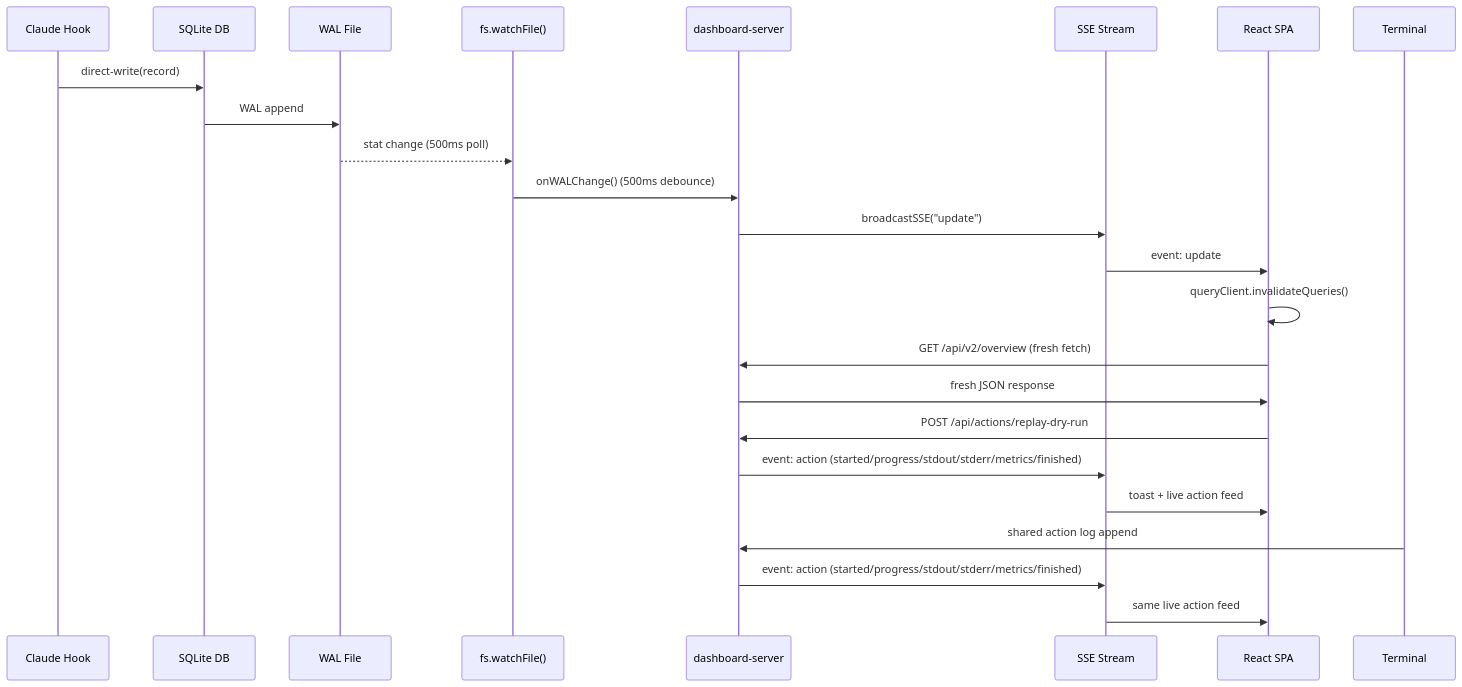
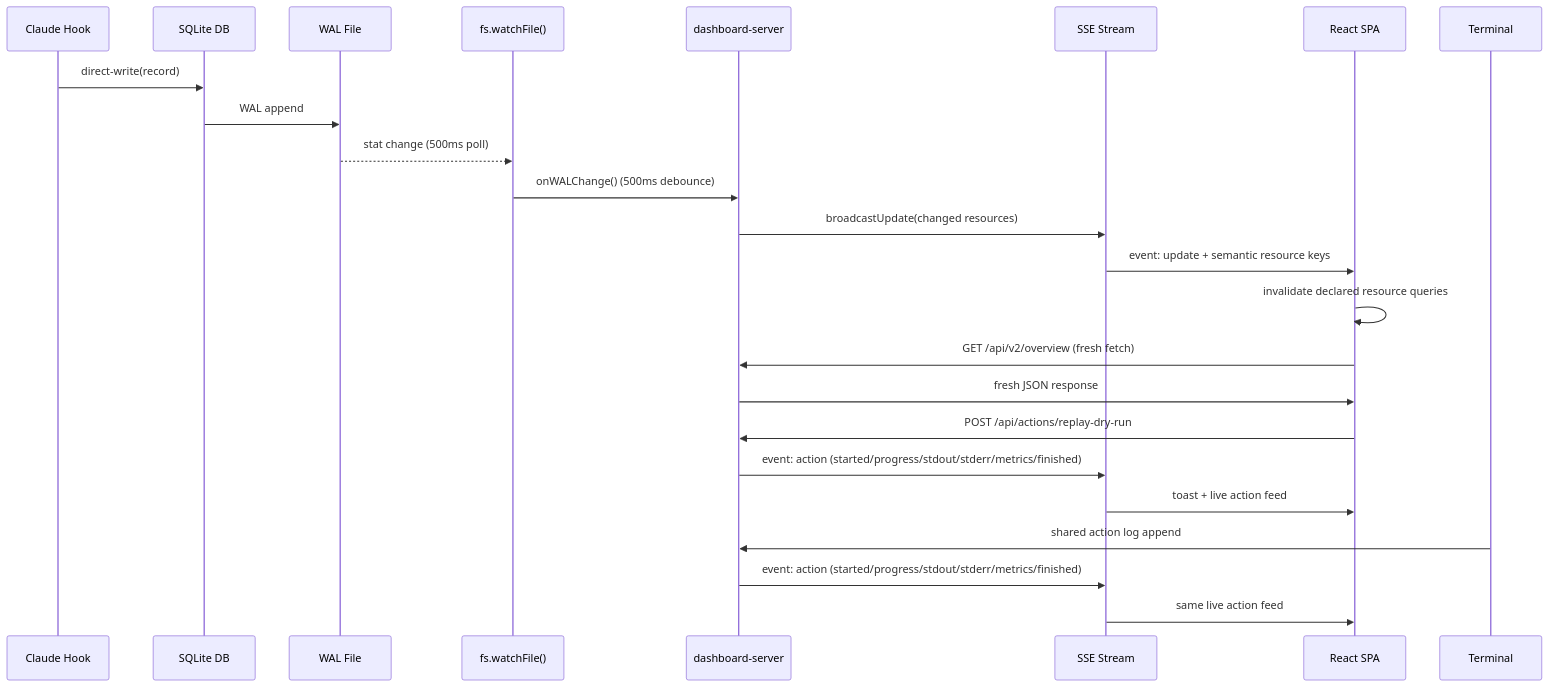
The diagram in docs/design-docs/live-dashboard-sse.md (WellDunDun/selftune), drawn with Mermaid before and after one commit. The commit also changed other lines of this file and 1294 other files, not shown here.

````diff
--- a/docs/design-docs/live-dashboard-sse.md
+++ b/docs/design-docs/live-dashboard-sse.md
@@ -24,28 +24,28 @@
 ```mermaid
 sequenceDiagram
   participant Hook as Claude Hook
   participant SQLite as SQLite DB
   participant WAL as WAL File
   participant FSWatch as fs.watchFile()
   participant Server as dashboard-server
   participant SSE as SSE Stream
   participant Client as React SPA
 
   Hook->>SQLite: direct-write(record)
   SQLite->>WAL: WAL append
   WAL-->>FSWatch: stat change (500ms poll)
   FSWatch->>Server: onWALChange() (500ms debounce)
-  Server->>SSE: broadcastSSE("update")
-  SSE->>Client: event: update
-  Client->>Client: queryClient.invalidateQueries()
+  Server->>SSE: broadcastUpdate(changed resources)
+  SSE->>Client: event: update + semantic resource keys
+  Client->>Client: invalidate declared resource queries
   Client->>Server: GET /api/v2/overview (fresh fetch)
   Server->>Client: fresh JSON response
 
   Client->>Server: POST /api/actions/replay-dry-run
   Server->>SSE: event: action (started/progress/stdout/stderr/metrics/finished)
   SSE->>Client: toast + live action feed
 
   Terminal->>Server: shared action log append
   Server->>SSE: event: action (started/progress/stdout/stderr/metrics/finished)
   SSE->>Client: same live action feed
 ```
````
